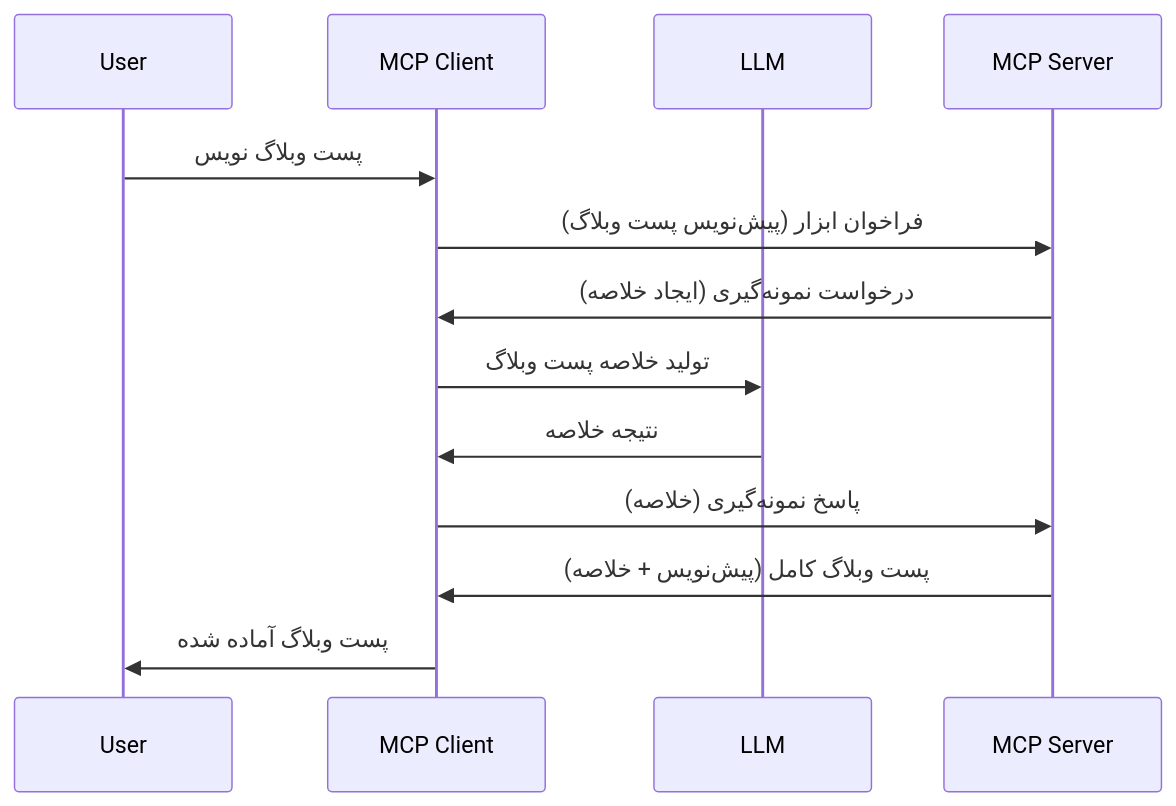
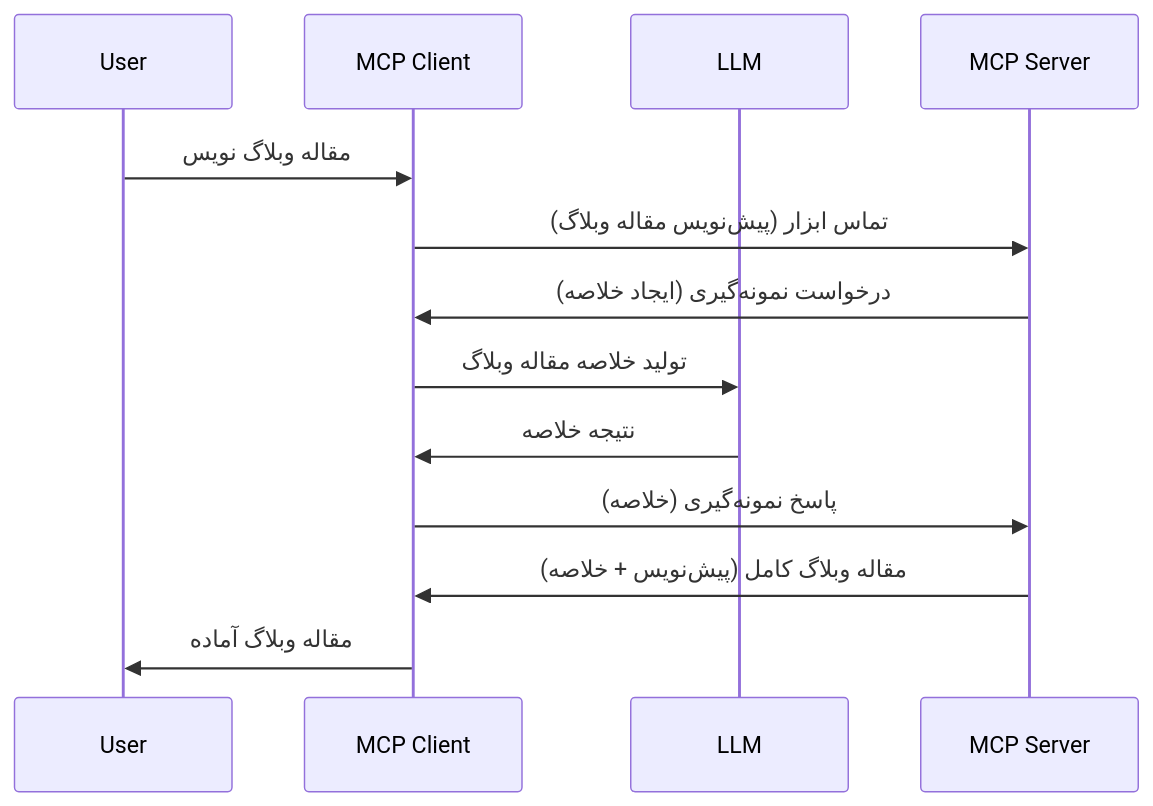
Before and after one commit to HIDORAKAI002/ai-workspace-archive: the diagram in mcp_ecosystem__model_context_protocol/mcp_learning_resources/mcp-for-beginners/translations/fa/03-GettingStarted/14-sampling/README.md, drawn with Mermaid. The commit also changed other lines of this file and 5721 other files, not shown here.

Commit message:
chore(sync): update MCP Python SDK, MCP TypeScript SDK, Supabase MCP, Kubernetes MCP Server, Git MCP, MCP Agent, Awesome ChatGPT Prompts, Langfuse, +62 more

````diff
--- a/mcp_ecosystem__model_context_protocol/mcp_learning_resources/mcp-for-beginners/translations/fa/03-GettingStarted/14-sampling/README.md
+++ b/mcp_ecosystem__model_context_protocol/mcp_learning_resources/mcp-for-beginners/translations/fa/03-GettingStarted/14-sampling/README.md
@@ -25,16 +27,16 @@
 ```mermaid
 sequenceDiagram
     participant User
     participant MCP Client
     participant LLM
     participant MCP Server
 
-    User->>MCP Client: پست وبلاگ نویس
-    MCP Client->>MCP Server: فراخوان ابزار (پیش‌نویس پست وبلاگ)
+    User->>MCP Client: مقاله وبلاگ نویس
+    MCP Client->>MCP Server: تماس ابزار (پیش‌نویس مقاله وبلاگ)
     MCP Server->>MCP Client: درخواست نمونه‌گیری (ایجاد خلاصه)
-    MCP Client->>LLM: تولید خلاصه پست وبلاگ
+    MCP Client->>LLM: تولید خلاصه مقاله وبلاگ
     LLM->>MCP Client: نتیجه خلاصه
     MCP Client->>MCP Server: پاسخ نمونه‌گیری (خلاصه)
-    MCP Server->>MCP Client: پست وبلاگ کامل (پیش‌نویس + خلاصه)
-    MCP Client->>User: پست وبلاگ آماده شده
+    MCP Server->>MCP Client: مقاله وبلاگ کامل (پیش‌نویس + خلاصه)
+    MCP Client->>User: مقاله وبلاگ آماده
 ```
````
